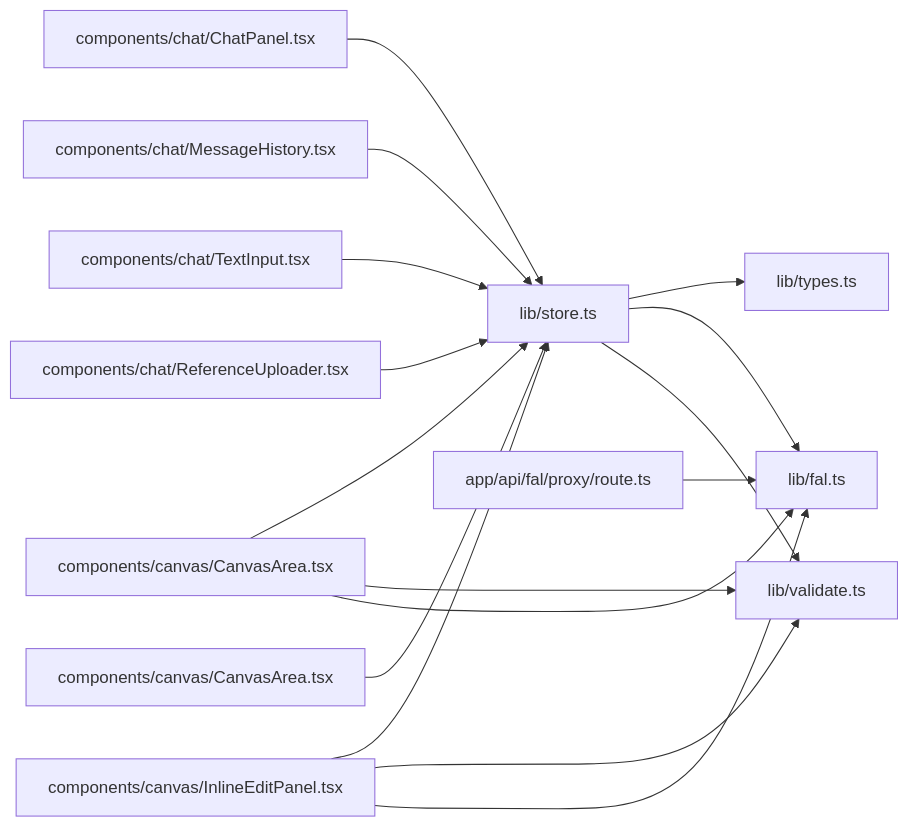
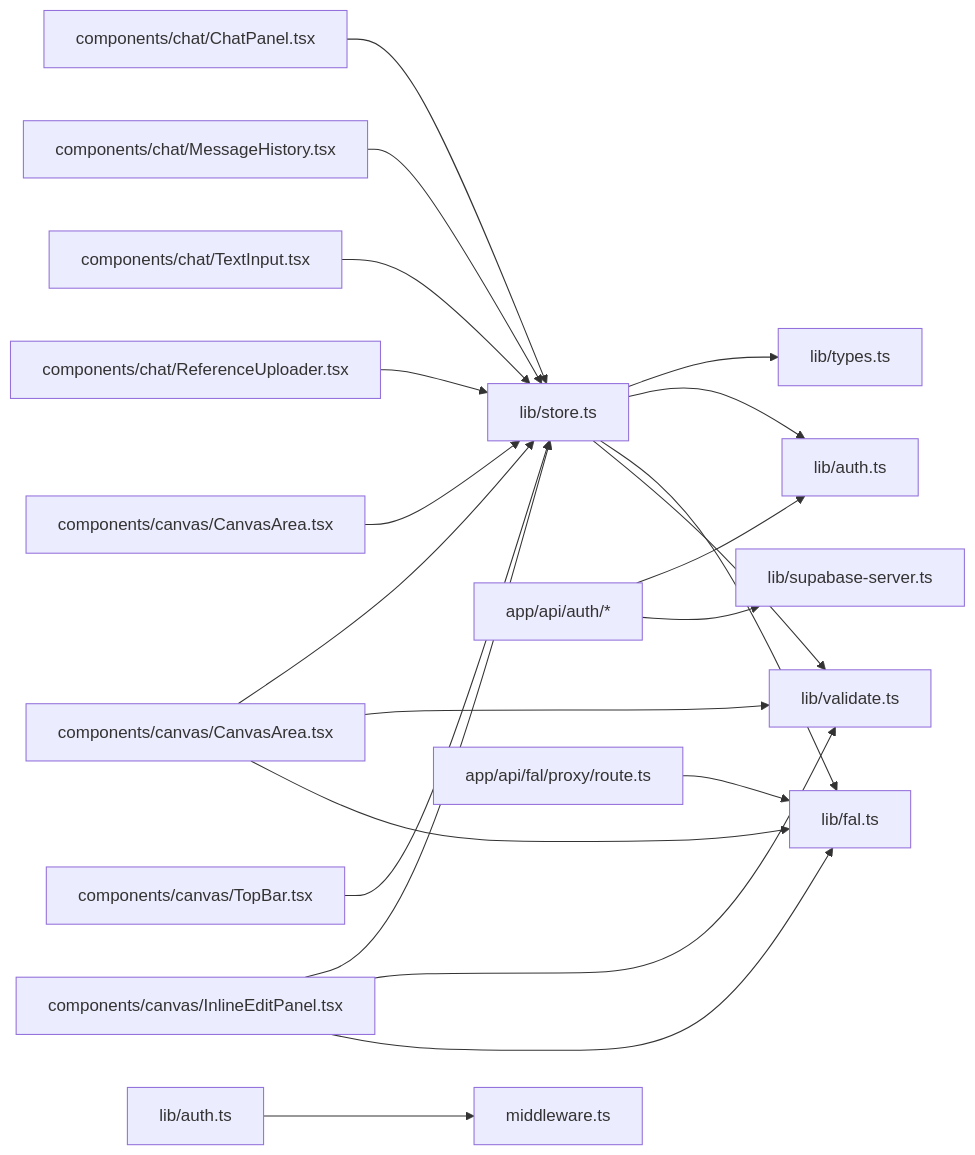
Before and after one commit to billye220670/BananaFlow2: diagram 19 of 21 in .qoder/repowiki/zh/content/状态管理系统.md, drawn with Mermaid. The commit also changed other lines of this file and 6 other files, not shown here.

````diff
--- a/.qoder/repowiki/zh/content/状态管理系统.md
+++ b/.qoder/repowiki/zh/content/状态管理系统.md
@@ -595,18 +730,23 @@
 ```mermaid
 graph LR
 Store[lib/store.ts] --> Types[lib/types.ts]
+Store --> Auth[lib/auth.ts]
 Store --> FAL[lib/fal.ts]
 Store --> Validate[lib/validate.ts]
 Canvas[components/canvas/CanvasArea.tsx] --> Store
 Canvas --> Validate
 Canvas --> FAL
 InlineEdit[components/canvas/InlineEditPanel.tsx] --> Store
 InlineEdit --> Validate
 InlineEdit --> FAL
 ChatPanel[components/chat/ChatPanel.tsx] --> Store
 MessageHistory[components/chat/MessageHistory.tsx] --> Store
 TextInput[components/chat/TextInput.tsx] --> Store
 ReferenceUploader[components/chat/ReferenceUploader.tsx] --> Store
 MarkerOverlay[components/canvas/CanvasArea.tsx] --> Store
+TopBar[components/canvas/TopBar.tsx] --> Store
+AuthAPI[app/api/auth/*] --> Auth
+AuthAPI --> Supabase[lib/supabase-server.ts]
+JWT[lib/auth.ts] --> Middleware[middleware.ts]
 Proxy[app/api/fal/proxy/route.ts] --> FAL
 ```
````
